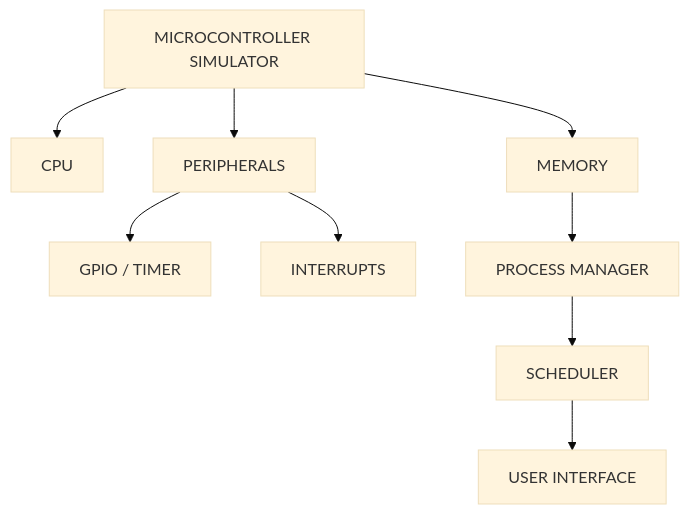
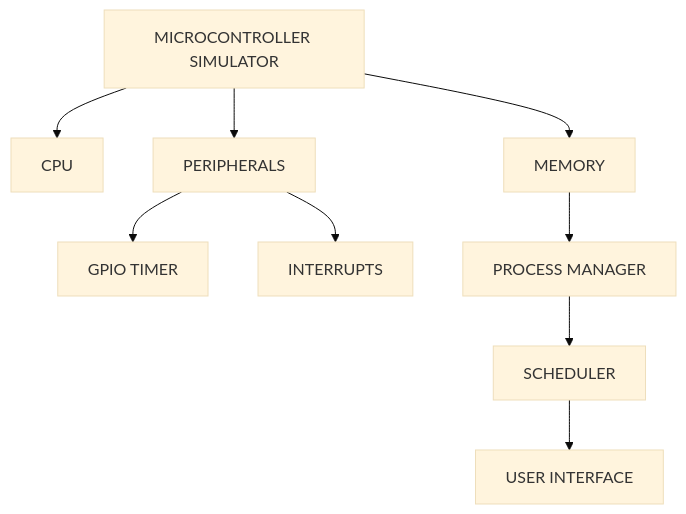
Before and after one commit to yungaymu/pic16f72-microcontroller-simulator: the diagram in README.md, drawn with Mermaid (base theme).

Commit message:
Fix typo in GPIO/TIMER label in README

````diff
--- a/README.md
+++ b/README.md
@@ -44,12 +44,12 @@
 ```mermaid
 flowchart TD
     A[MICROCONTROLLER SIMULATOR]
     A --> B[CPU]
     A --> C[MEMORY]
     A --> D[PERIPHERALS]
-    D --> E[GPIO / TIMER]
+    D --> E[GPIO TIMER]
     D --> F[INTERRUPTS]
     C --> G[PROCESS MANAGER]
     G --> H[SCHEDULER]
     H --> I[USER INTERFACE]
 ```
````
